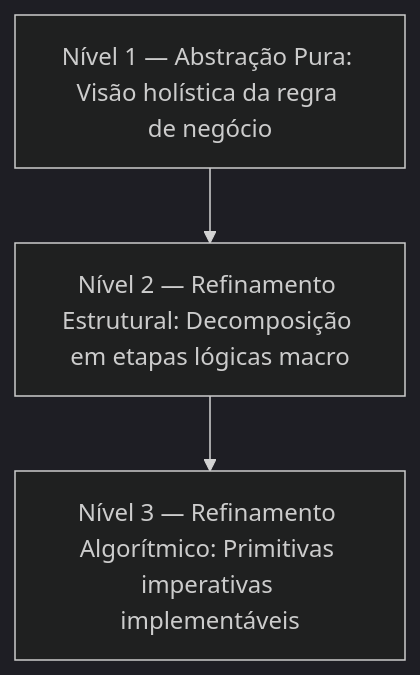
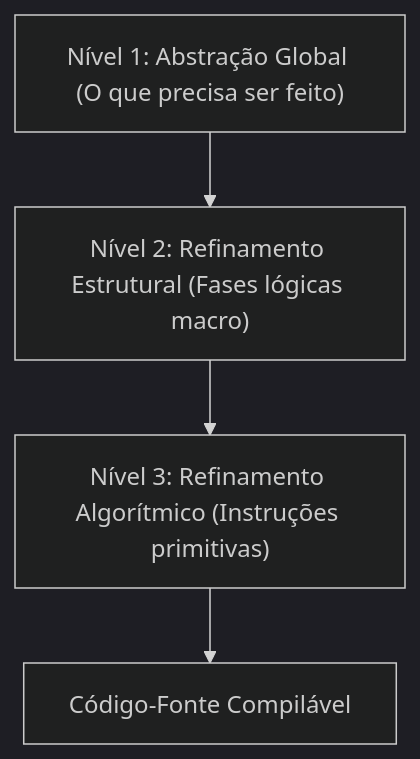
Before and after one commit to murilolol/unifef: the fifth of 26 diagrams in 4º Semestre/[Prof. Wesley Soares] Estrutura de Dados I/Resumos-IA/Simulados-Comentados.md, drawn with Mermaid (dark theme). The commit also changed other lines of this file and 58 other files, not shown here.

````diff
--- a/4º Semestre/[Prof. Wesley Soares] Estrutura de Dados I/Resumos-IA/Simulados-Comentados.md
+++ b/4º Semestre/[Prof. Wesley Soares] Estrutura de Dados I/Resumos-IA/Simulados-Comentados.md
@@ -358,5 +258,6 @@
 ```mermaid
 flowchart TD
-  N1["Nível 1 — Abstração Pura: Visão holística da regra de negócio"] --> N2["Nível 2 — Refinamento Estrutural: Decomposição em etapas lógicas macro"]
-  N2 --> N3["Nível 3 — Refinamento Algorítmico: Primitivas imperativas implementáveis"]
+    N1["Nível 1: Abstração Global (O que precisa ser feito)"] --> N2["Nível 2: Refinamento Estrutural (Fases lógicas macro)"]
+    N2 --> N3["Nível 3: Refinamento Algorítmico (Instruções primitivas)"]
+    N3 --> Code["Código-Fonte Compilável"]
 ```
````
